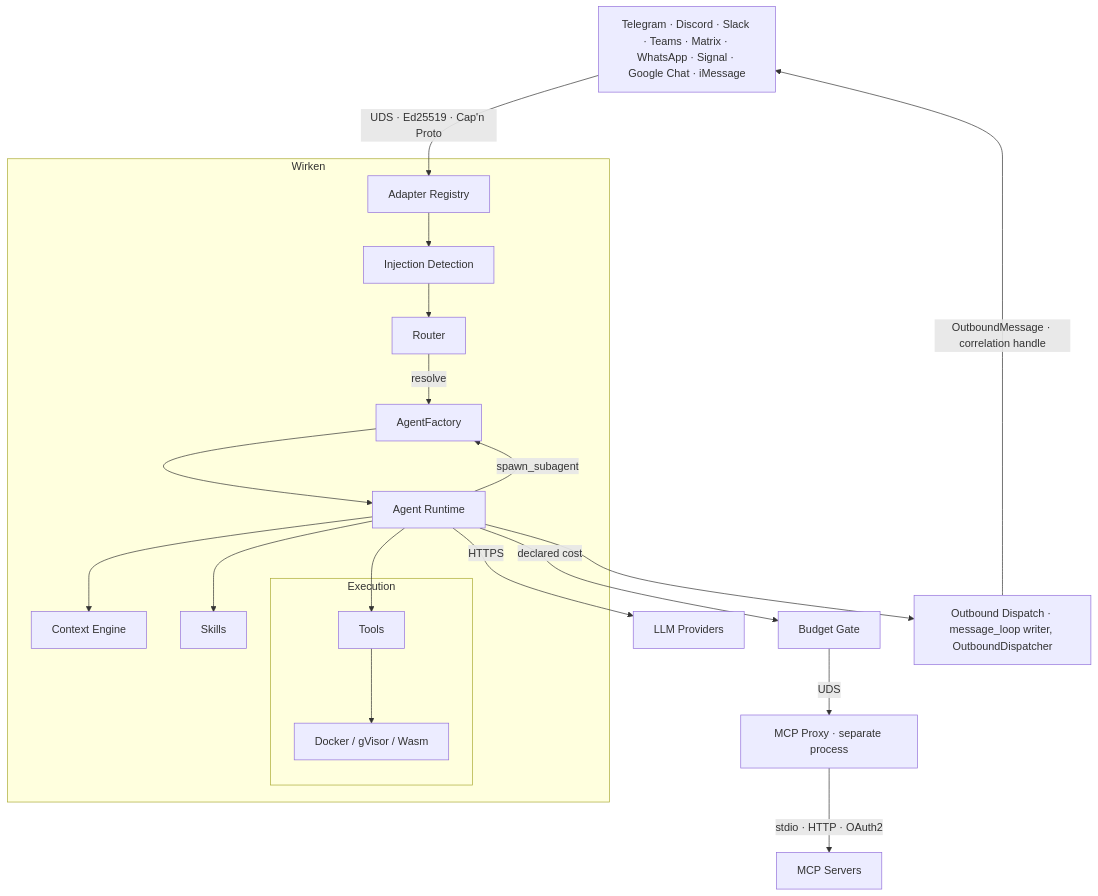
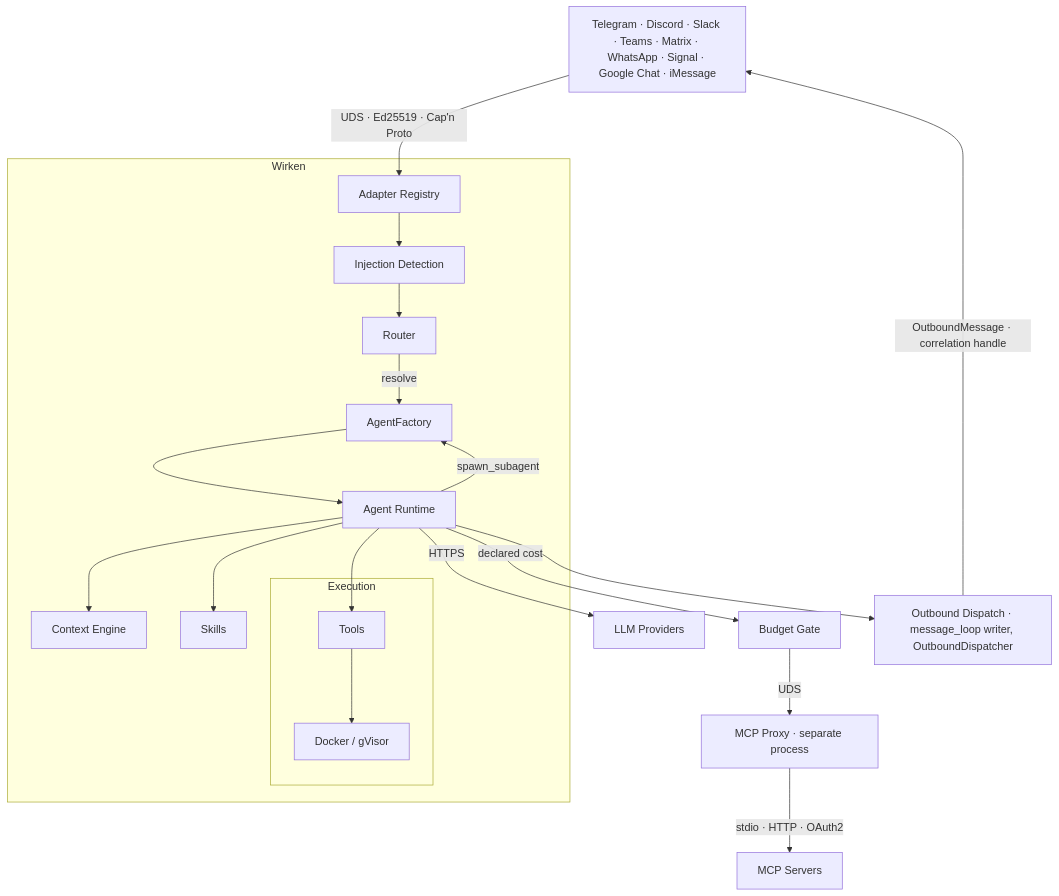
The first of 2 diagrams in README.md (gebruder/wirken), drawn with Mermaid before and after one commit. The commit also changed 1 other file, not shown here.

Commit message:
Remove Wasm from the README sandbox diagram; Wasm skills are not loaded on the default path

````diff
--- a/README.md
+++ b/README.md
@@ -145,28 +145,28 @@
 ```mermaid
 graph TD
     Channels["Telegram · Discord · Slack · Teams · Matrix · WhatsApp · Signal · Google Chat · iMessage"]
     Channels -- "UDS · Ed25519 · Cap'n Proto" --> Registry[Adapter Registry]
 
     subgraph Wirken
         Registry --> Detect[Injection Detection]
         Detect --> Router
         Router -- "resolve" --> Factory[AgentFactory]
         Factory --> Agent[Agent Runtime]
         Agent --> Context[Context Engine]
         Agent --> Skills
         Agent --> Tools
 
         subgraph Execution
-            Tools --> Sandbox[Docker / gVisor / Wasm]
+            Tools --> Sandbox[Docker / gVisor]
         end
     end
 
     Agent -- "spawn_subagent" --> Factory
     Agent -- HTTPS --> LLM[LLM Providers]
     Agent -- "declared cost" --> Budget[Budget Gate]
     Budget -- "UDS" --> McpProxy["MCP Proxy · separate process"]
     McpProxy -- "stdio · HTTP · OAuth2" --> McpServers[MCP Servers]
 
     Agent --> Outbound["Outbound Dispatch · message_loop writer, OutboundDispatcher"]
     Outbound -- "OutboundMessage · correlation handle" --> Channels
 ```
````
